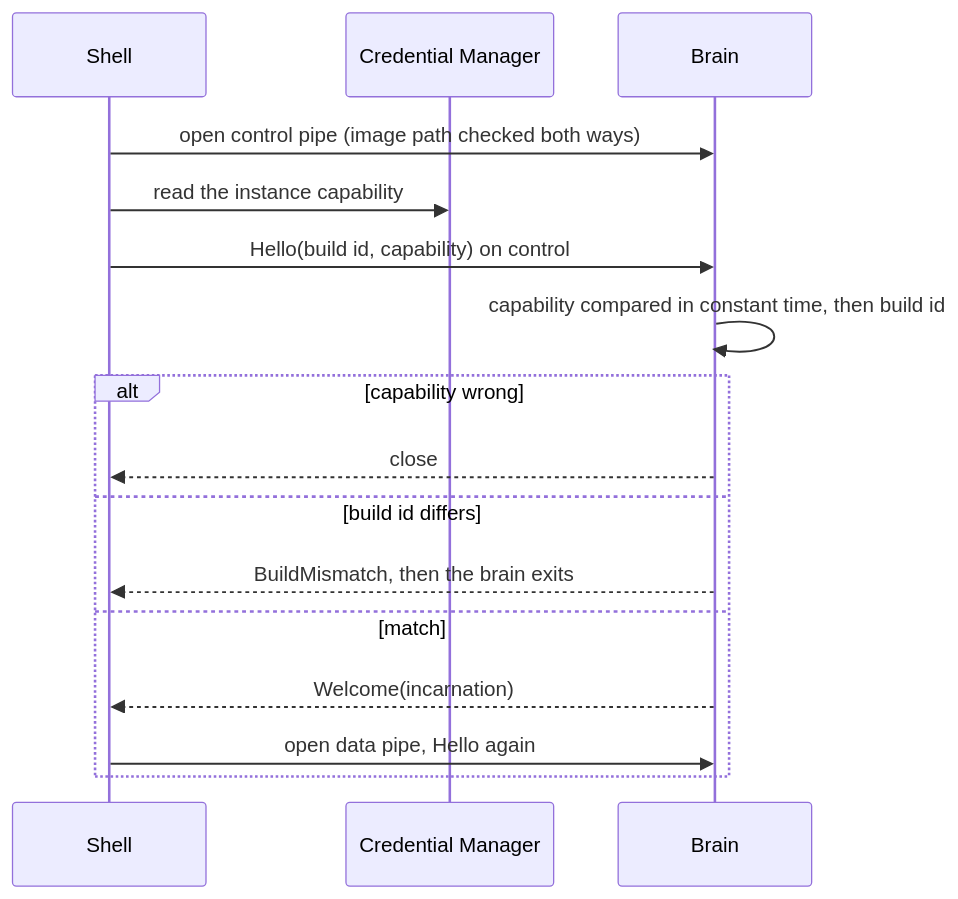
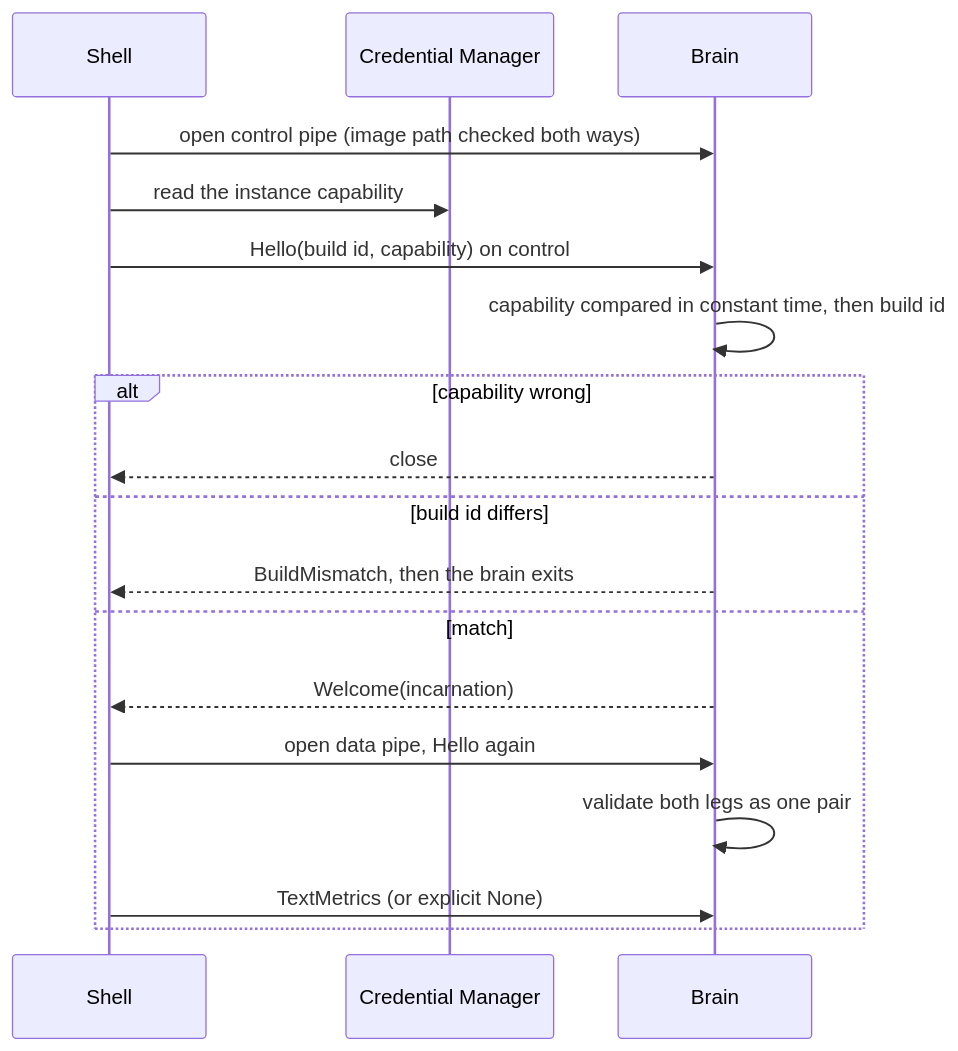
The first of 4 diagrams in docs/development/ipc.md (labcoder/capsula), drawn with Mermaid before and after one commit. The commit also changed other lines of this file and 33 other files, not shown here.

````diff
--- a/docs/development/ipc.md
+++ b/docs/development/ipc.md
@@ -355,18 +356,20 @@
 ```mermaid
 sequenceDiagram
   participant S as Shell
   participant CM as Credential Manager
   participant B as Brain
   S->>B: open control pipe (image path checked both ways)
   S->>CM: read the instance capability
   S->>B: Hello(build id, capability) on control
   B->>B: capability compared in constant time, then build id
   alt capability wrong
     B-->>S: close
   else build id differs
     B-->>S: BuildMismatch, then the brain exits
   else match
     B-->>S: Welcome(incarnation)
     S->>B: open data pipe, Hello again
+    B->>B: validate both legs as one pair
+    S->>B: TextMetrics (or explicit None)
   end
 ```
````
